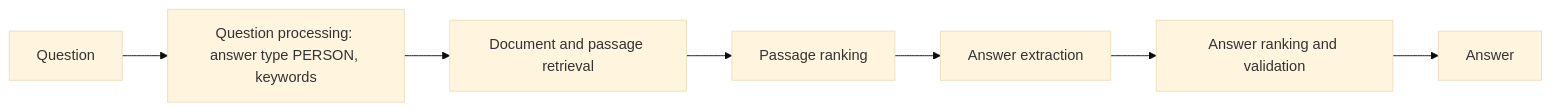
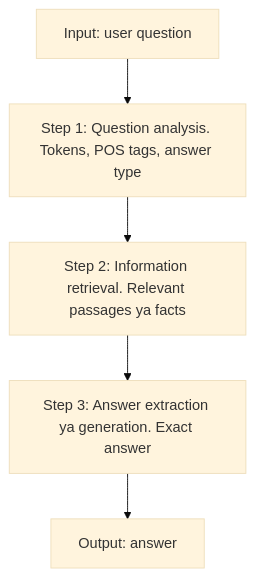
One commit to TrendySloth1001/sem-seven-notes changed the diagram in content/natural-language-processing/pyq/2025-05-ce/q6b.hi.mdx. Above: the diagram before and after it, drawn with Mermaid (base theme). The commit also changed other lines of this file and 406 other files, not shown here.

````diff
--- a/content/natural-language-processing/pyq/2025-05-ce/q6b.hi.mdx
+++ b/content/natural-language-processing/pyq/2025-05-ce/q6b.hi.mdx
@@ -13,10 +15,8 @@
 ```mermaid
-%% caption: QA system ki pipeline, example sawaal 'Who invented the telephone?' ke saath.
-flowchart LR
-  Q["Question"] --> QP["Question processing: answer type PERSON, keywords"]
-  QP --> DR["Document and passage retrieval"]
-  DR --> PR["Passage ranking"]
-  PR --> AE["Answer extraction"]
-  AE --> AR["Answer ranking and validation"]
-  AR --> ANS["Answer"]
+%% caption: QA algorithm step by step, har step kya deta hai.
+flowchart TD
+  Q["Input: user question"] --> A["Step 1: Question analysis. Tokens, POS tags, answer type"]
+  A --> B["Step 2: Information retrieval. Relevant passages ya facts"]
+  B --> C["Step 3: Answer extraction ya generation. Exact answer"]
+  C --> D["Output: answer"]
 ```
````
